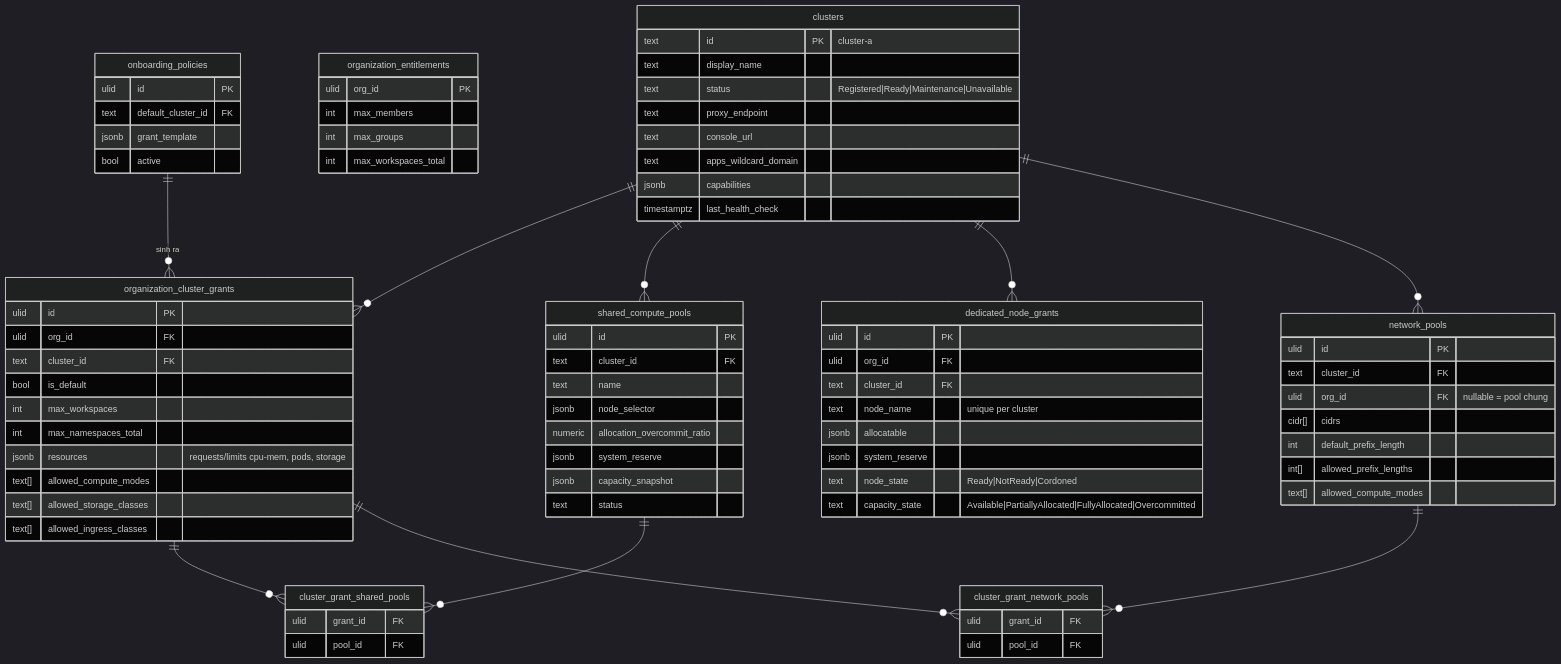
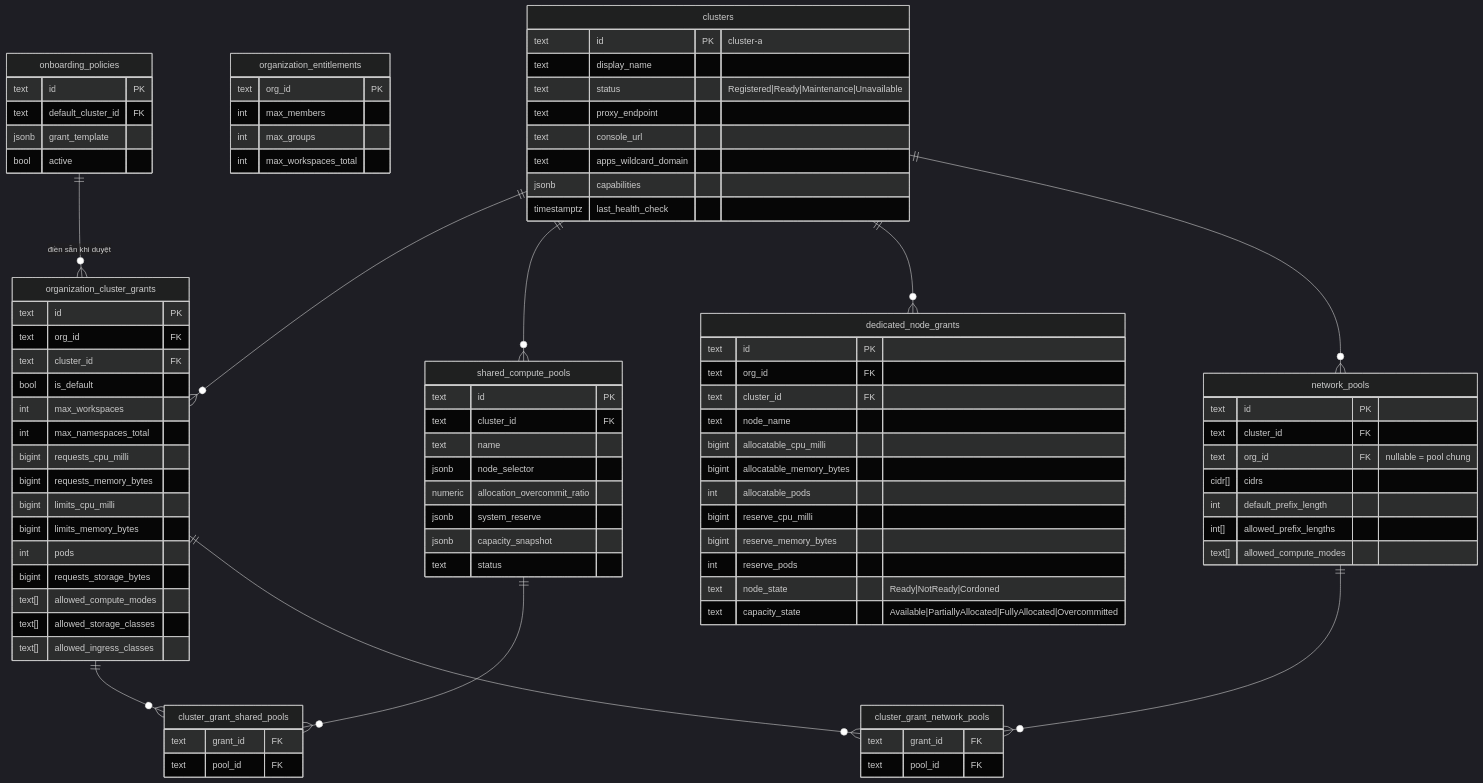
One commit to thaihoc1310/tenantry changed the third of 5 diagrams in docs/architecture/02-data-model.md. Above: the diagram before and after it, drawn with Mermaid (dark theme). The commit also changed other lines of this file and 12 other files, not shown here.

````diff
--- a/docs/architecture/02-data-model.md
+++ b/docs/architecture/02-data-model.md
@@ -152,31 +192,36 @@
     timestamptz last_health_check
   }
   organization_entitlements {
-    ulid org_id PK
+    text org_id PK
     int max_members
     int max_groups
     int max_workspaces_total
   }
   onboarding_policies {
-    ulid id PK
+    text id PK
     text default_cluster_id FK
     jsonb grant_template
     bool active
   }
   organization_cluster_grants {
-    ulid id PK
-    ulid org_id FK
+    text id PK
+    text org_id FK
     text cluster_id FK
     bool is_default
     int max_workspaces
     int max_namespaces_total
-    jsonb resources "requests/limits cpu-mem, pods, storage"
+    bigint requests_cpu_milli
+    bigint requests_memory_bytes
+    bigint limits_cpu_milli
+    bigint limits_memory_bytes
+    int pods
+    bigint requests_storage_bytes
     text[] allowed_compute_modes
     text[] allowed_storage_classes
     text[] allowed_ingress_classes
   }
   shared_compute_pools {
-    ulid id PK
+    text id PK
     text cluster_id FK
     text name
     jsonb node_selector
@@ -186,31 +231,35 @@
     text status
   }
   cluster_grant_shared_pools {
-    ulid grant_id FK
-    ulid pool_id FK
+    text grant_id FK
+    text pool_id FK
   }
   dedicated_node_grants {
-    ulid id PK
-    ulid org_id FK
+    text id PK
+    text org_id FK
     text cluster_id FK
-    text node_name "unique per cluster"
-    jsonb allocatable
-    jsonb system_reserve
+    text node_name
+    bigint allocatable_cpu_milli
+    bigint allocatable_memory_bytes
+    int allocatable_pods
+    bigint reserve_cpu_milli
+    bigint reserve_memory_bytes
+    int reserve_pods
     text node_state "Ready|NotReady|Cordoned"
     text capacity_state "Available|PartiallyAllocated|FullyAllocated|Overcommitted"
   }
   network_pools {
-    ulid id PK
+    text id PK
     text cluster_id FK
-    ulid org_id FK "nullable = pool chung"
+    text org_id FK "nullable = pool chung"
     cidr[] cidrs
     int default_prefix_length
     int[] allowed_prefix_lengths
     text[] allowed_compute_modes
   }
   cluster_grant_network_pools {
-    ulid grant_id FK
-    ulid pool_id FK
+    text grant_id FK
+    text pool_id FK
   }
   clusters ||--o{ organization_cluster_grants : ""
   clusters ||--o{ shared_compute_pools : ""
@@ -220,5 +269,5 @@
   shared_compute_pools ||--o{ cluster_grant_shared_pools : ""
   organization_cluster_grants ||--o{ cluster_grant_network_pools : ""
   network_pools ||--o{ cluster_grant_network_pools : ""
-  onboarding_policies ||--o{ organization_cluster_grants : "sinh ra"
+  onboarding_policies ||--o{ organization_cluster_grants : "điền sẵn khi duyệt"
 ```
````
